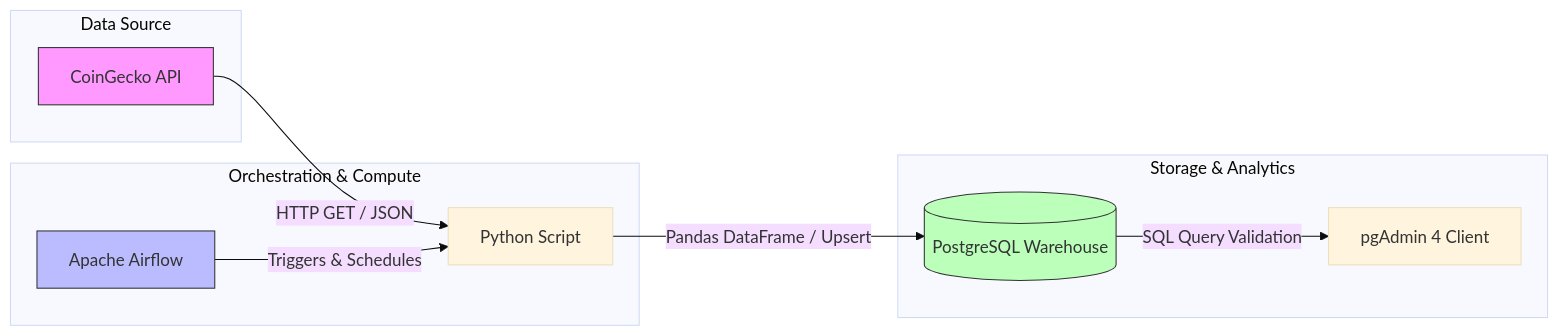
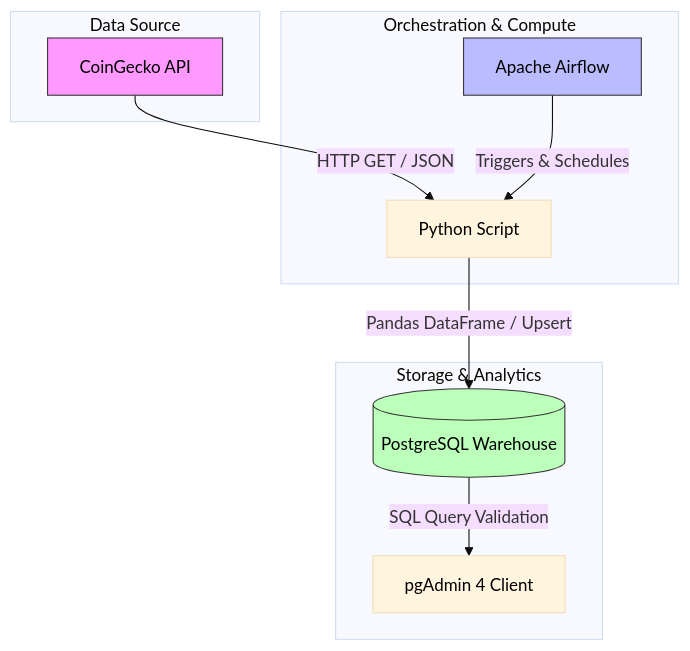
The diagram in readme.md (jlewyaj/crypto-elt-airflow-postgres), drawn with Mermaid (base theme) before and after one commit.

Commit message:
docs: fix mermaid rendering

````diff
--- a/readme.md
+++ b/readme.md
@@ -9,25 +9,28 @@
 ```mermaid
-graph LR
+graph TB
     subgraph Data Source
         A[CoinGecko API]
     end
 
     subgraph Orchestration & Compute
         B[Python Script]
         C[Apache Airflow]
     end
 
     subgraph Storage & Analytics
         D[(PostgreSQL Warehouse)]
         E[pgAdmin 4 Client]
     end
 
     A -->|HTTP GET / JSON| B
     C -->|Triggers & Schedules| B
     B -->|Pandas DataFrame / Upsert| D
     D -->|SQL Query Validation| E
 
-    style A fill:#f9f,stroke:#333,stroke-width:1px
-    style C fill:#bbf,stroke:#333,stroke-width:1px
-    style D fill:#bfb,stroke:#333,stroke-width:1px
+    %% Enforce high contrast text colors
+    style A fill:#f9f,stroke:#333,stroke-width:1px,color:#000
+    style B color:#000
+    style C fill:#bbf,stroke:#333,stroke-width:1px,color:#000
+    style D fill:#bfb,stroke:#333,stroke-width:1px,color:#000
+    style E color:#000
 ```
````
